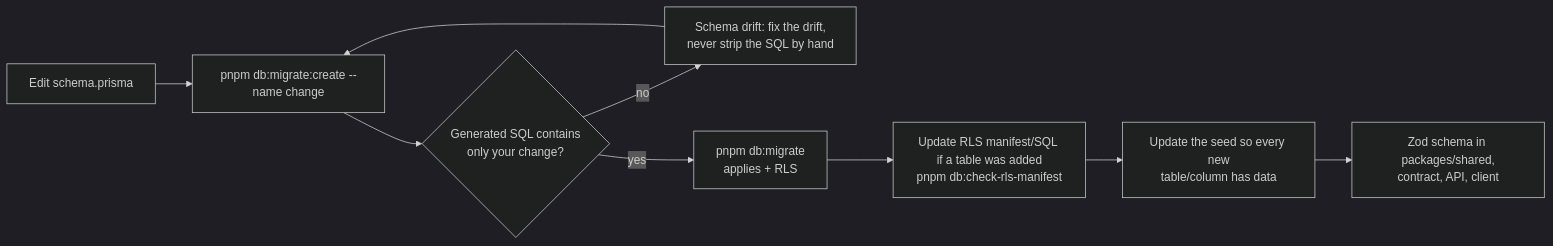
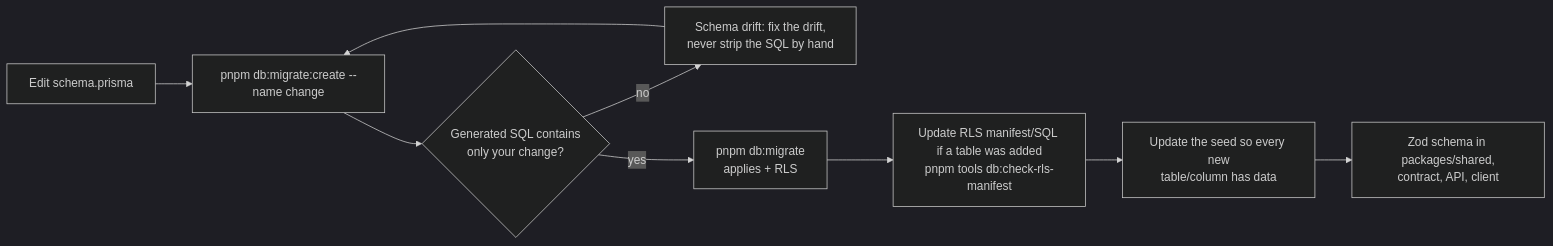
Before and after one commit to patelzz007/nestjs-nextjs-turborepo-starter-kit: the diagram in docs/technical/database.md, drawn with Mermaid (dark theme). The commit also changed other lines of this file and 685 other files, not shown here.

````diff
--- a/docs/technical/database.md
+++ b/docs/technical/database.md
@@ -57,11 +56,11 @@
 ```mermaid
 flowchart LR
     A[Edit schema.prisma] --> B[pnpm db:migrate:create --name change]
     B --> C{Generated SQL contains<br/>only your change?}
     C -- no --> D[Schema drift: fix the drift,<br/>never strip the SQL by hand]
     D --> B
     C -- yes --> E[pnpm db:migrate<br/>applies + RLS]
-    E --> F[Update RLS manifest/SQL if a table was added<br/>pnpm db:check-rls-manifest]
+    E --> F[Update RLS manifest/SQL if a table was added<br/>pnpm tools db:check-rls-manifest]
     F --> G[Update the seed so every new<br/>table/column has data]
     G --> H[Zod schema in packages/shared,<br/>contract, API, client]
 ```
````
